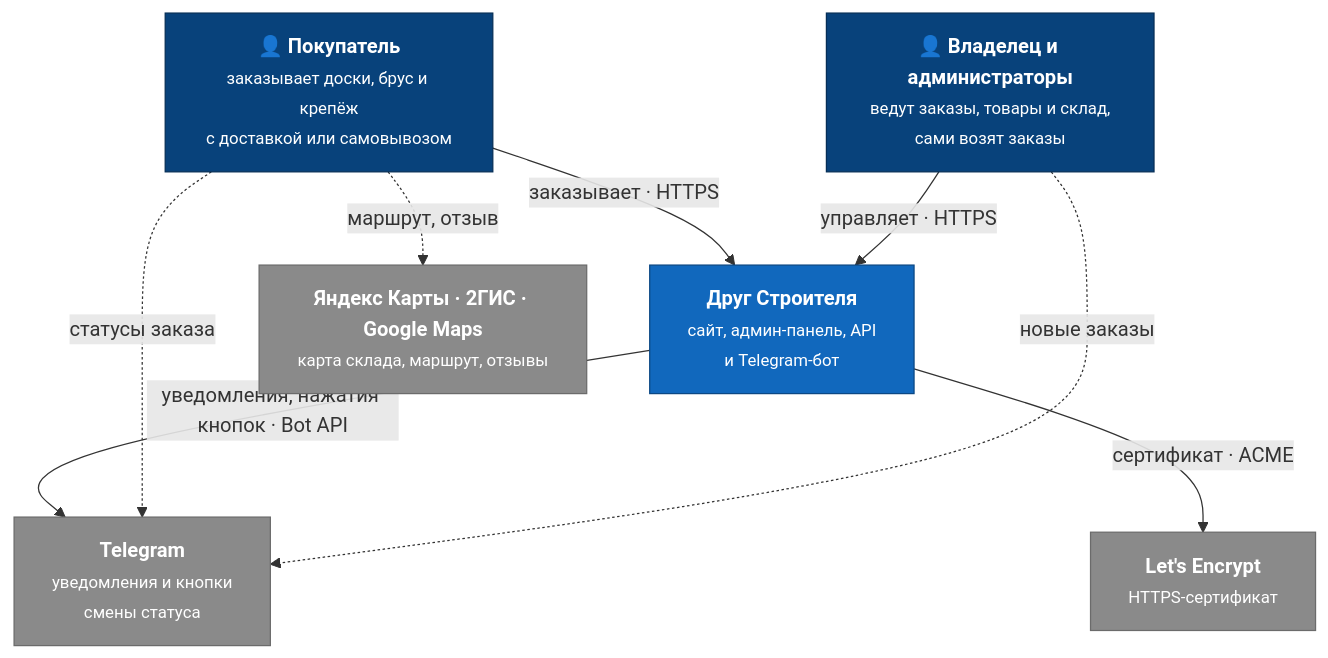
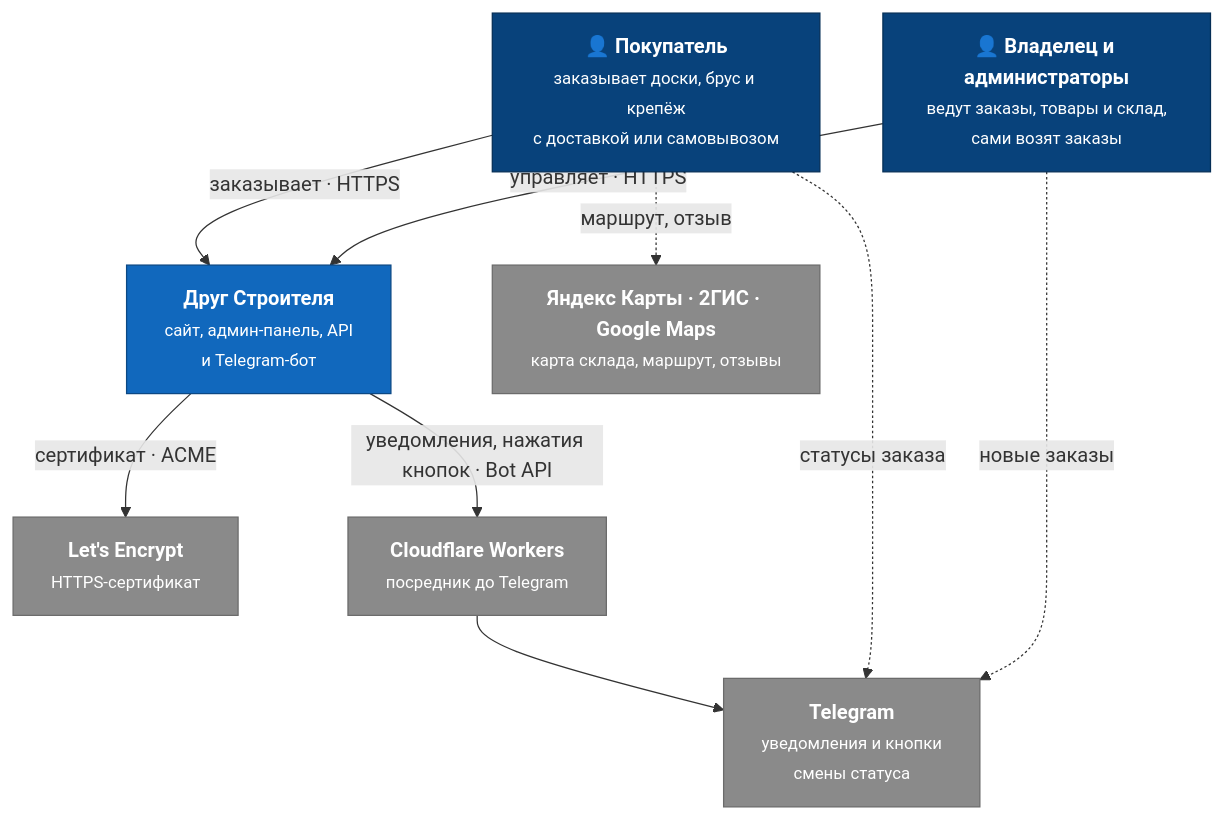
Before and after one commit to haz2007/-Builder-s-Friend-: the eighth of 16 diagrams in docs/diagrams.md, drawn with Mermaid. The commit also changed other lines of this file and 11 other files, not shown here.

First line of the commit message:
Refresh docs: seven new diagrams, up-to-date README and screenshots

````diff
--- a/docs/diagrams.md
+++ b/docs/diagrams.md
@@ -310,26 +339,28 @@
 ```mermaid
 flowchart TB
     customer["👤 <b>Покупатель</b><br/><small>заказывает доски, брус и крепёж<br/>с доставкой или самовывозом</small>"]
     staff["👤 <b>Владелец и администраторы</b><br/><small>ведут заказы, товары и склад,<br/>сами возят заказы</small>"]
 
     shop["<b>Друг Строителя</b><br/><small>сайт, админ-панель, API<br/>и Telegram-бот</small>"]
 
     telegram["<b>Telegram</b><br/><small>уведомления и кнопки<br/>смены статуса</small>"]
     maps["<b>Яндекс Карты · 2ГИС · Google Maps</b><br/><small>карта склада, маршрут, отзывы</small>"]
     le["<b>Let's Encrypt</b><br/><small>HTTPS-сертификат</small>"]
+    cf["<b>Cloudflare Workers</b><br/><small>посредник до Telegram</small>"]
 
     customer -- "заказывает · HTTPS" --> shop
     staff -- "управляет · HTTPS" --> shop
-    shop -- "уведомления, нажатия кнопок · Bot API" --> telegram
+    shop -- "уведомления, нажатия кнопок · Bot API" --> cf
+    cf --> telegram
     shop -- "сертификат · ACME" --> le
     customer -. "статусы заказа" .-> telegram
     staff -. "новые заказы" .-> telegram
     customer -. "маршрут, отзыв" .-> maps
 
     classDef person fill:#08427b,stroke:#052e56,color:#fff
     classDef system fill:#1168bd,stroke:#0b4884,color:#fff
     classDef external fill:#8a8a8a,stroke:#6b6b6b,color:#fff
     class customer,staff person
     class shop system
-    class telegram,maps,le external
+    class telegram,maps,le,cf external
 ```
````
